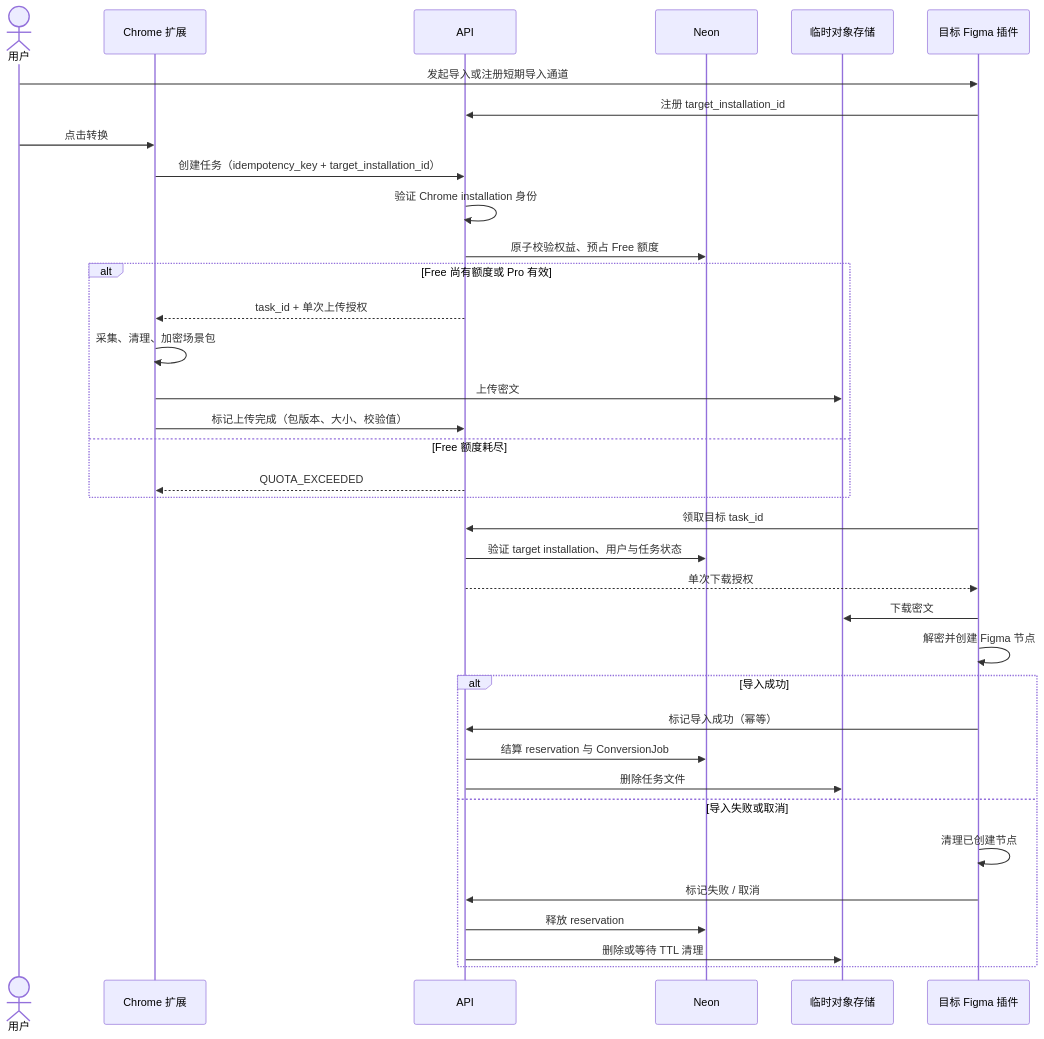
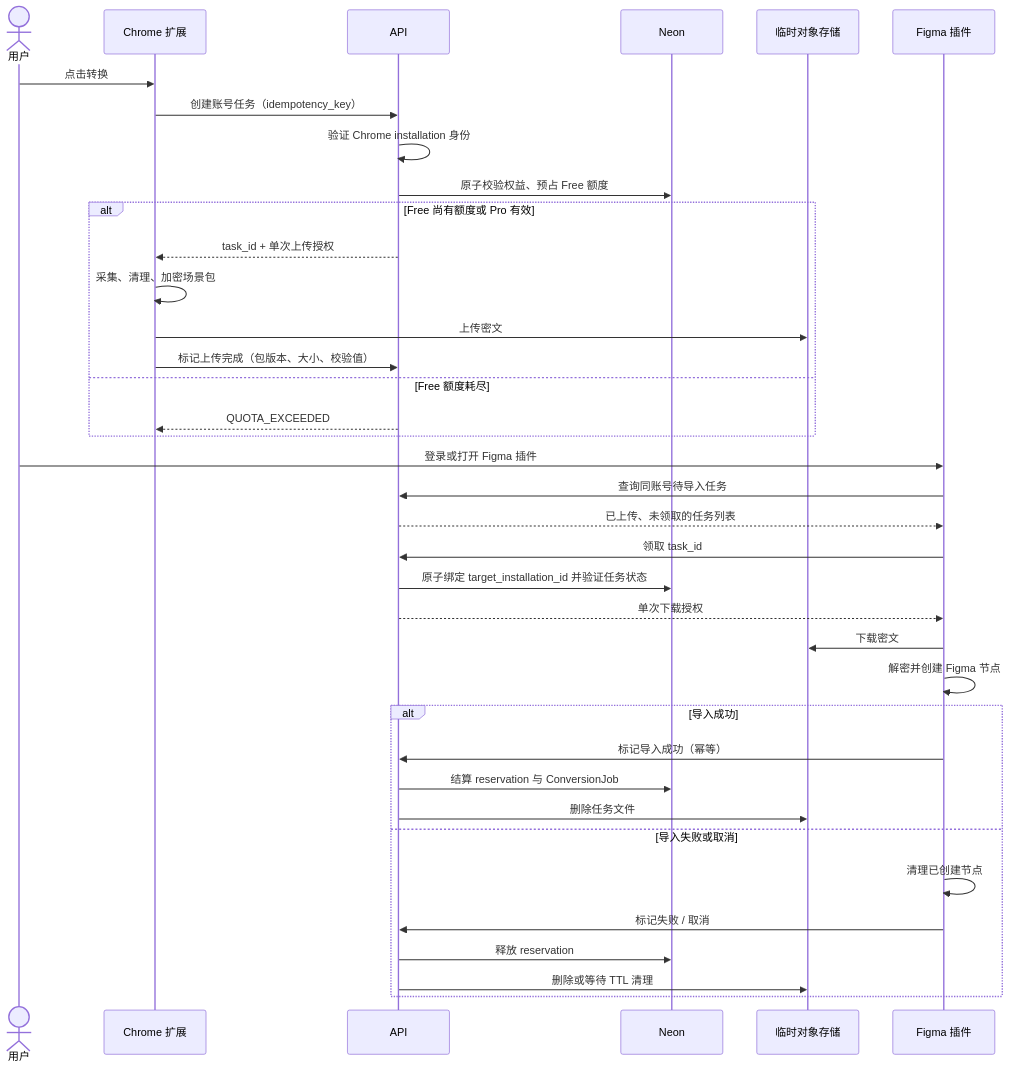
Before and after one commit to beihaijiu-coder/web-to-figma: the fourth of 4 diagrams in docs/product/authentication-proposal.md, drawn with Mermaid. The commit also changed other lines of this file and 12 other files, not shown here.

````diff
--- a/docs/product/authentication-proposal.md
+++ b/docs/product/authentication-proposal.md
@@ -237,43 +238,43 @@
 ```mermaid
 sequenceDiagram
     actor U as 用户
     participant E as Chrome 扩展
     participant A as API
     participant D as Neon
     participant S as 临时对象存储
-    participant P as 目标 Figma 插件
-
-    U->>P: 发起导入或注册短期导入通道
-    P->>A: 注册 target_installation_id
+    participant P as Figma 插件
 
     U->>E: 点击转换
-    E->>A: 创建任务（idempotency_key + target_installation_id）
+    E->>A: 创建账号任务（idempotency_key）
     A->>A: 验证 Chrome installation 身份
     A->>D: 原子校验权益、预占 Free 额度
 
     alt Free 尚有额度或 Pro 有效
         A-->>E: task_id + 单次上传授权
         E->>E: 采集、清理、加密场景包
         E->>S: 上传密文
         E->>A: 标记上传完成（包版本、大小、校验值）
     else Free 额度耗尽
         A-->>E: QUOTA_EXCEEDED
     end
 
-    P->>A: 领取目标 task_id
-    A->>D: 验证 target installation、用户与任务状态
+    U->>P: 登录或打开 Figma 插件
+    P->>A: 查询同账号待导入任务
+    A-->>P: 已上传、未领取的任务列表
+    P->>A: 领取 task_id
+    A->>D: 原子绑定 target_installation_id 并验证任务状态
     A-->>P: 单次下载授权
     P->>S: 下载密文
     P->>P: 解密并创建 Figma 节点
 
     alt 导入成功
         P->>A: 标记导入成功（幂等）
         A->>D: 结算 reservation 与 ConversionJob
         A->>S: 删除任务文件
     else 导入失败或取消
         P->>P: 清理已创建节点
         P->>A: 标记失败 / 取消
         A->>D: 释放 reservation
         A->>S: 删除或等待 TTL 清理
     end
 ```
````
